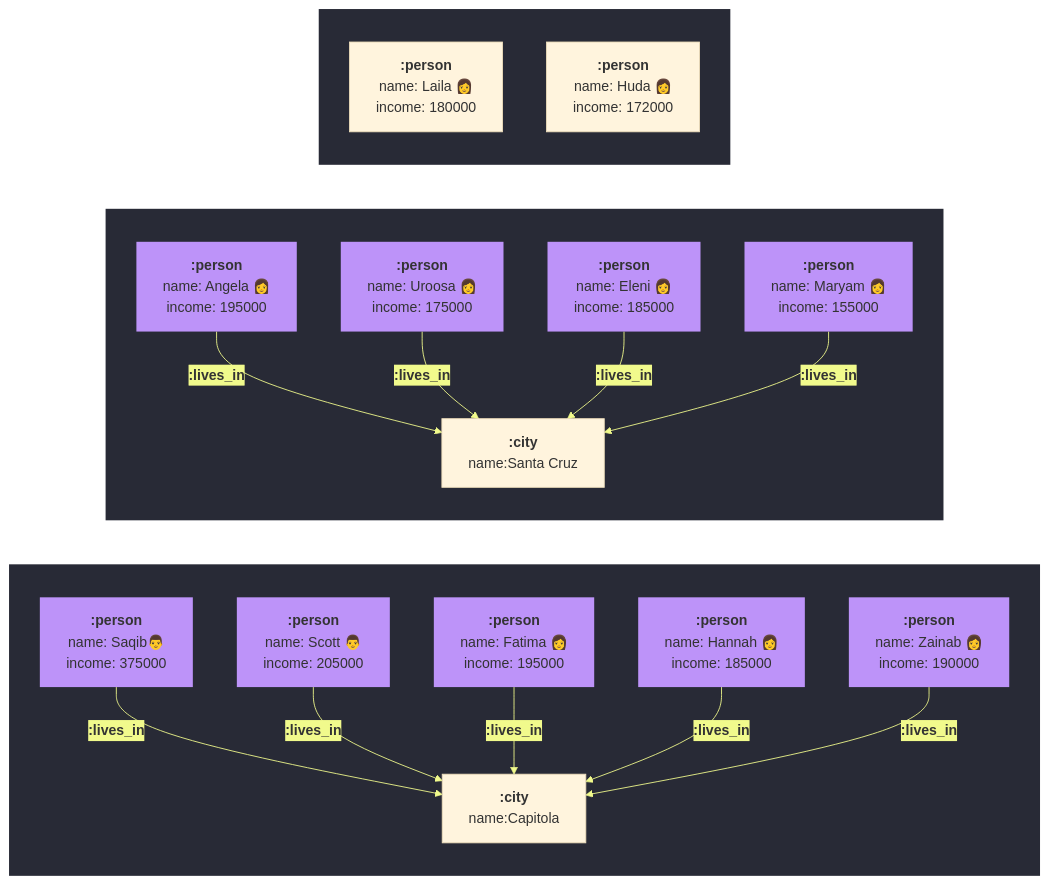
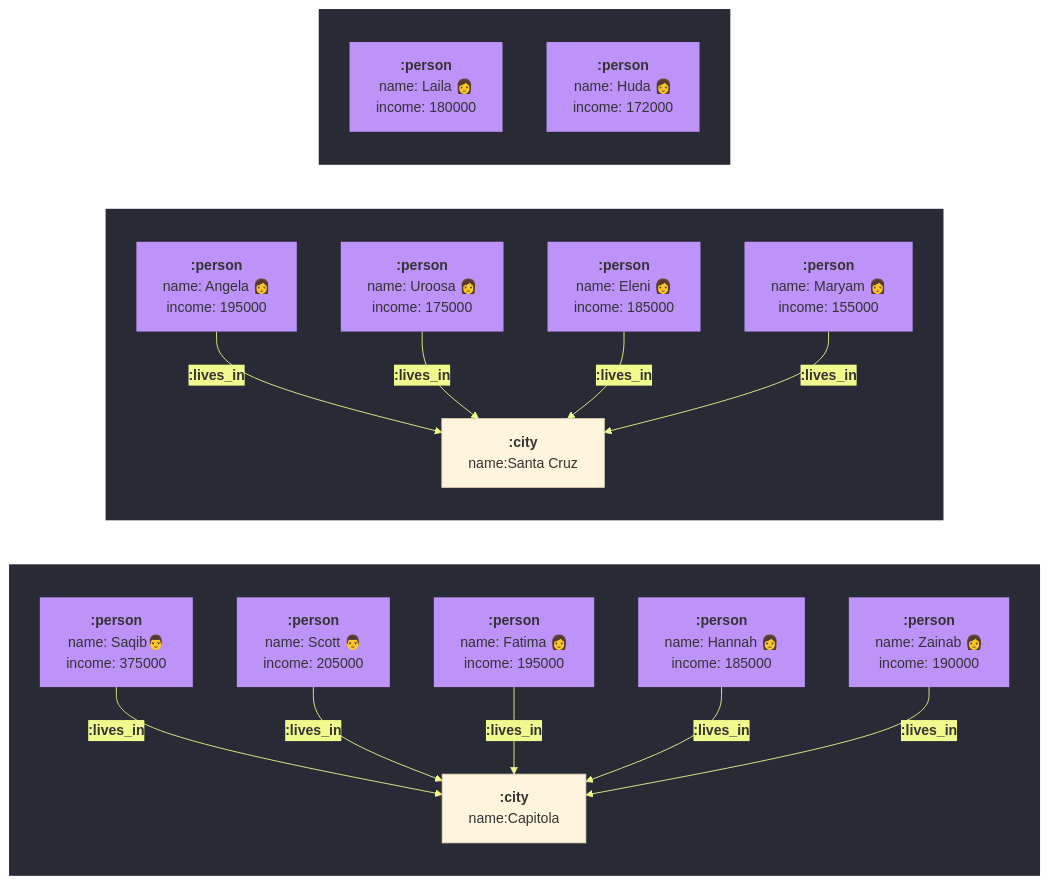
The diagram in snippets/social-network-city.mdx (saqib-ali/docs), drawn with Mermaid before and after one commit.

Commit message:
Documentation edits made through Mintlify web editor

````diff
--- a/snippets/social-network-city.mdx
+++ b/snippets/social-network-city.mdx
@@ -1,57 +1,57 @@
 ```mermaid
 
 %%{init: {'theme':'base', 'themeVariables': {'lineColor':'#F1FA8C','secondaryColor':'#F1FA8C','background':'#282A36'}}}%%
 graph LR
 
     subgraph row1[" "]
 
     saqib[<b>:person</b><br/>name: Saqib👨<br/>income: 375000]
     scott[<b>:person</b><br/>name: Scott 👨<br/>income: 205000]
     fatima[<b>:person</b><br/>name: Fatima 👩<br/>income: 195000]
     hannah[<b>:person</b><br/>name: Hannah 👩<br/>income: 185000]
     zainab[<b>:person</b><br/>name: Zainab 👩<br/>income: 190000]
     capitola[<b>:city</b><br/>name:Capitola]
 
     end
 
     subgraph row2[" "]
     eleni[<b>:person</b><br/>name: Eleni 👩<br/>income: 185000]
     uroosa[<b>:person</b><br/>name: Uroosa 👩<br/>income: 175000]
     angela[<b>:person</b><br/>name: Angela 👩<br/>income: 195000]
     maryam[<b>:person</b><br/>name: Maryam 👩<br/>income: 155000]
     santacruz[<b>:city</b><br/>name:Santa Cruz]
     end
 
     subgraph row3[" "]
     laila[<b>:person</b><br/>name: Laila 👩<br/>income: 180000]
     huda[<b>:person</b><br/>name: Huda 👩<br/>income: 172000]
     end
 
     %% saqib -->|:relationship<br/>type: co-worker| fatima
     %% fatima -->|:relationship<br/>type: friend| eleni
     %% eleni -->|:relationship<br/>type: friend| uroosa
     %% saqib -->|:relationship<br/>type: friend| angela
     %% angela -->|:relationship<br/>type: co-worker| scott
     %% scott -->|:relationship<br/>type: friend| uroosa
 
 
     saqib -->|<b>:lives_in</b>| capitola
     scott -->|<b>:lives_in</b>| capitola
     fatima -->|<b>:lives_in</b>| capitola
     hannah -->|<b>:lives_in</b>| capitola
     zainab -->|<b>:lives_in</b>| capitola
 
 
 
     angela -->|<b>:lives_in</b>| santacruz
     uroosa -->|<b>:lives_in</b>| santacruz
     eleni -->|<b>:lives_in</b>| santacruz
     maryam -->|<b>:lives_in</b>| santacruz
 
 
     classDef nodes fill:#BD93F9,stroke-width:0px
-    class saqib,fatima,angela,uroosa,eleni,scott,maryam,zainab,hannah nodes
+    class saqib,fatima,angela,uroosa,eleni,scott,maryam,zainab,hannah,huda,laila nodes
 
     classDef subgraphStyle fill:#282A36, stroke-width:0px
     class row1,row2,row3 subgraphStyle
 ```
````
